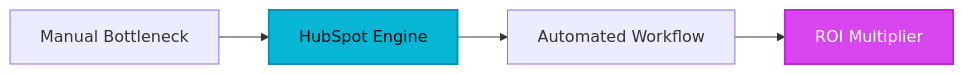
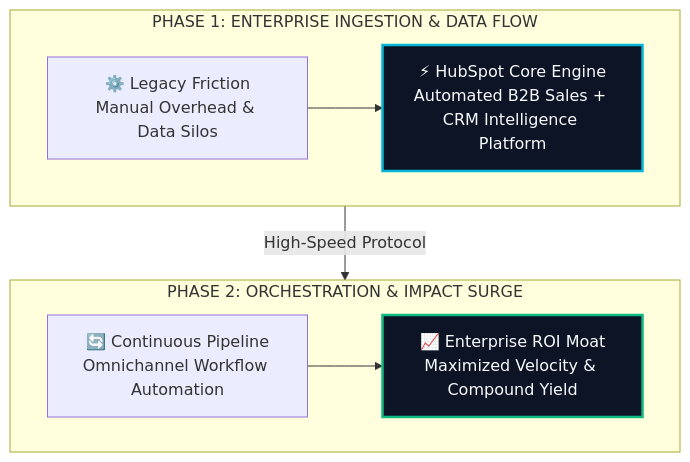
The diagram in site/src/content/blog/hubspot-evolution-guide-2026.md (heliatech-media/saas-radar), drawn with Mermaid before and after one commit. The commit also changed 97 other files, not shown here.

First line of the commit message:
feat(diagrams): upgrade all article architecture schemas to high-impact 2-tier responsive vector blueprints

````diff
--- a/site/src/content/blog/hubspot-evolution-guide-2026.md
+++ b/site/src/content/blog/hubspot-evolution-guide-2026.md
@@ -55,8 +55,14 @@
 ```mermaid
-flowchart LR
-    A[Manual Bottleneck] --> B[HubSpot Engine]
-    B --> C[Automated Workflow]
-    C --> D[ROI Multiplier]
-    style B fill:#06b6d4,stroke:#0891b2,stroke-width:2px,color:#030712
-    style D fill:#d946ef,stroke:#c026d3,stroke-width:2px,color:#ffffff
+flowchart TD
+    subgraph S1["PHASE 1: ENTERPRISE INGESTION & DATA FLOW"]
+        direction LR
+        A["⚙️ Legacy Friction<br/>Manual Overhead & Data Silos"] --> B["⚡ HubSpot Core Engine<br/>Automated B2B Sales + CRM Intelligence Platform"]
+    end
+    subgraph S2["PHASE 2: ORCHESTRATION & IMPACT SURGE"]
+        direction LR
+        C["🔄 Continuous Pipeline<br/>Omnichannel Workflow Automation"] --> D["📈 Enterprise ROI Moat<br/>Maximized Velocity & Compound Yield"]
+    end
+    S1 -->|High-Speed Protocol| S2
+    style B fill:#0c1425,stroke:#06b6d4,stroke-width:2.5px,color:#f8fafc
+    style D fill:#0c1425,stroke:#10b981,stroke-width:2.5px,color:#f8fafc
 ```
````
